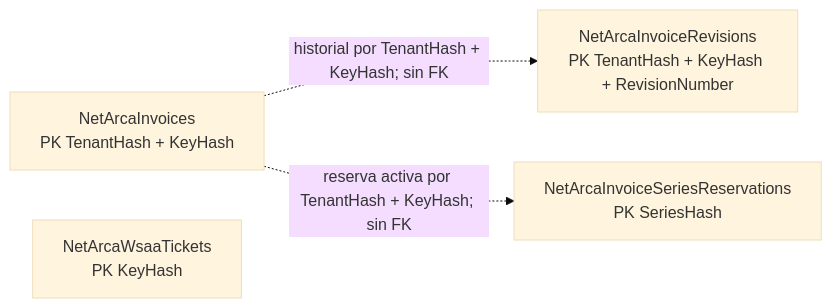
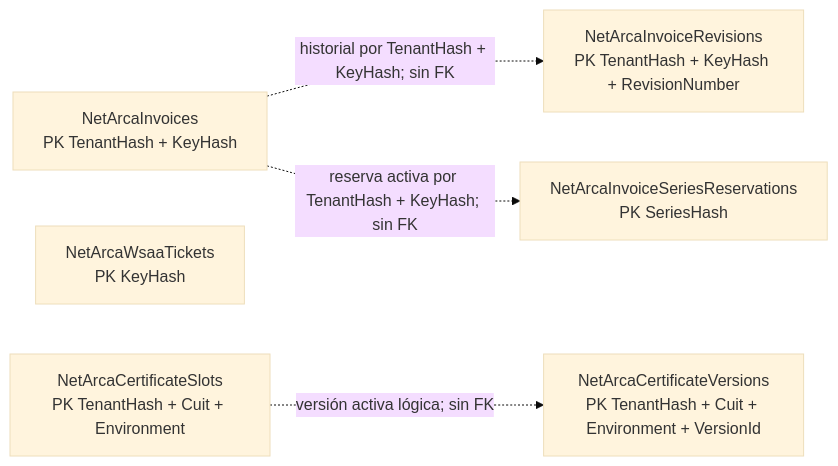
One commit to ARSASWebDesign/NetArcaWs changed the diagram in docs/wiki-export/Modelo-relacional.md. Above: the diagram before and after it, drawn with Mermaid (base theme). The commit also changed other lines of this file and 99 other files, not shown here.

````diff
--- a/docs/wiki-export/Modelo-relacional.md
+++ b/docs/wiki-export/Modelo-relacional.md
@@ -47,9 +54,12 @@
 ```mermaid
 flowchart LR
   I[NetArcaInvoices<br/>PK TenantHash + KeyHash]
   R[NetArcaInvoiceRevisions<br/>PK TenantHash + KeyHash + RevisionNumber]
   S[NetArcaInvoiceSeriesReservations<br/>PK SeriesHash]
   T[NetArcaWsaaTickets<br/>PK KeyHash]
+  C[NetArcaCertificateSlots<br/>PK TenantHash + Cuit + Environment]
+  V[NetArcaCertificateVersions<br/>PK TenantHash + Cuit + Environment + VersionId]
   I -. "historial por TenantHash + KeyHash; sin FK" .-> R
   I -. "reserva activa por TenantHash + KeyHash; sin FK" .-> S
+  C -. "versión activa lógica; sin FK" .-> V
 ```
````
